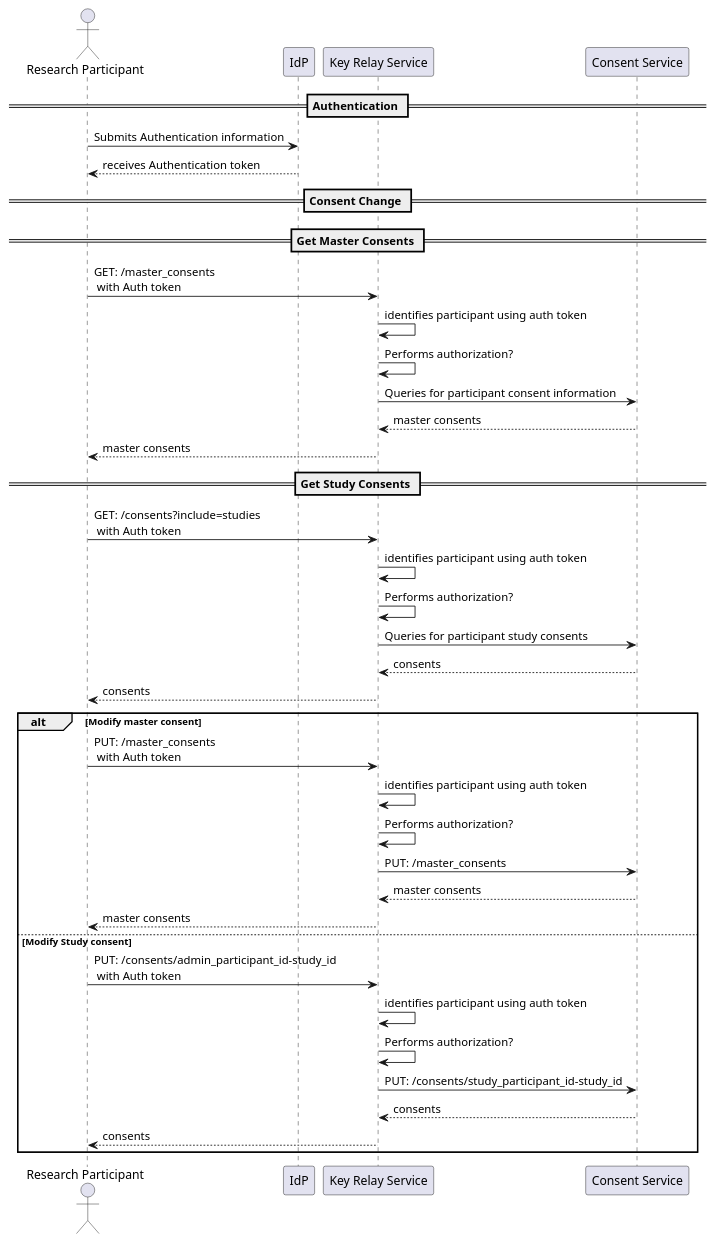
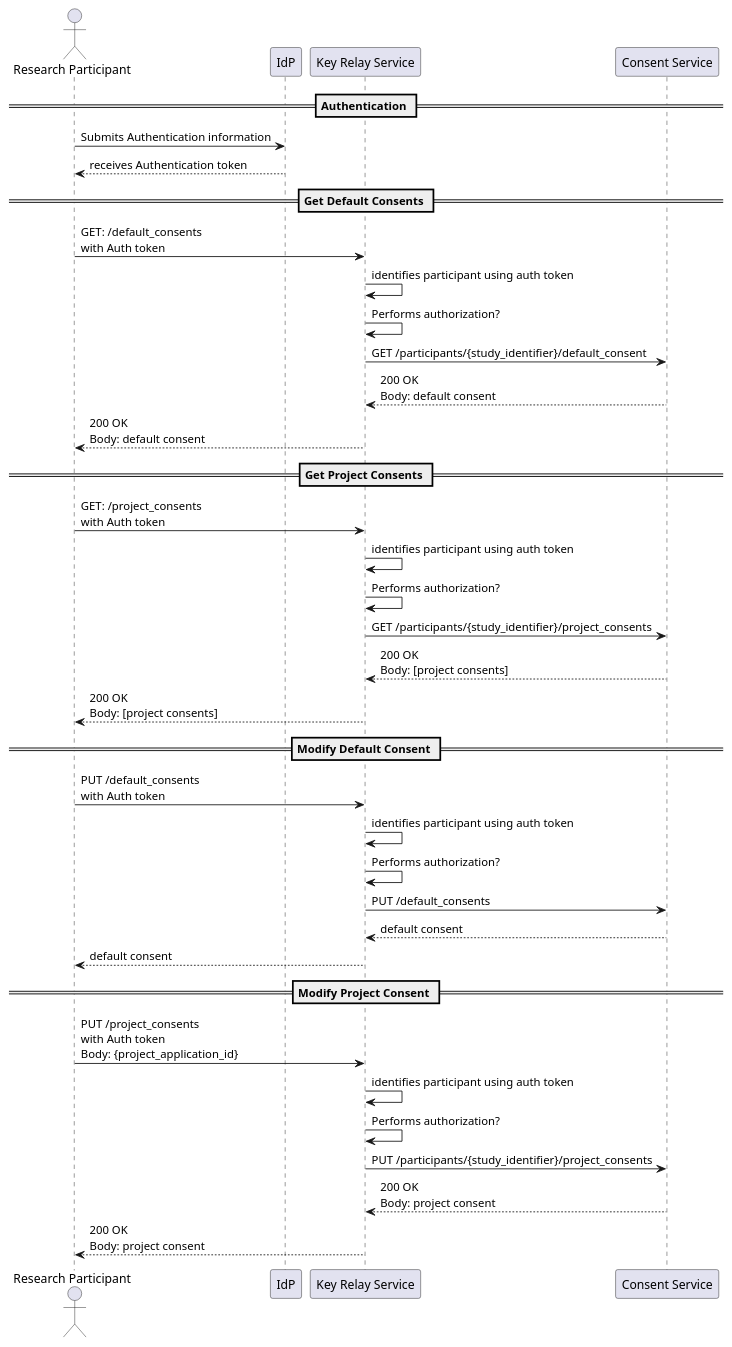
The diagram in demo1/diagrams/participant_consent_change.md (dycons/design), drawn with PlantUML before and after one commit. The commit also changed other lines of this file and 3 other files, not shown here.

Commit message:
Update seq diagrams with latest Consents API endpoints

```diff
--- a/demo1/diagrams/participant_consent_change.md
+++ b/demo1/diagrams/participant_consent_change.md
@@ -3,62 +4,56 @@
 @startuml
 actor "Research Participant" as rp
 participant "IdP" as idp
 participant "Key Relay Service" as krs
 participant "Consent Service" as cs
 
 
 == Authentication ==
 
 rp -> idp : Submits Authentication information
 idp --> rp : receives Authentication token
 
+== Get Default Consents ==
 
-== Consent Change ==
-
-== Get Master Consents ==
-
-rp -> krs: GET: /master_consents\n with Auth token
+rp -> krs: GET: /default_consents \nwith Auth token
 krs -> krs: identifies participant using auth token
 krs -> krs: Performs authorization?
 
-krs -> cs: Queries for participant consent information
-cs --> krs: master consents
+krs -> cs: GET /participants/{study_identifier}/default_consent
+cs --> krs: 200 OK \nBody: default consent
 
-krs --> rp: master consents
+krs --> rp: 200 OK \nBody: default consent
 
-== Get Study Consents ==
+== Get Project Consents ==
 
-rp -> krs: GET: /consents?include=studies\n with Auth token
+rp -> krs: GET: /project_consents \nwith Auth token
 krs -> krs: identifies participant using auth token
 krs -> krs: Performs authorization?
 
-krs -> cs: Queries for participant study consents
-cs --> krs: consents
+krs -> cs: GET /participants/{study_identifier}/project_consents
+cs --> krs: 200 OK \nBody: [project consents]
 
-krs --> rp: consents
+krs --> rp: 200 OK \nBody: [project consents]
 
-alt Modify master consent
+== Modify Default Consent ==
 
-  rp -> krs: PUT: /master_consents\n with Auth token
-  krs -> krs: identifies participant using auth token
-  krs -> krs: Performs authorization?
+rp -> krs: PUT /default_consents \nwith Auth token
+krs -> krs: identifies participant using auth token
+krs -> krs: Performs authorization?
 
-  krs -> cs: PUT: /master_consents
-  cs --> krs: master consents
+krs -> cs: PUT /default_consents
+cs --> krs: default consent
 
-  krs --> rp: master consents
+krs --> rp: default consent
 
-else Modify Study consent
+== Modify Project Consent ==
 
+rp -> krs: PUT /project_consents \nwith Auth token \nBody: {project_application_id}
+krs -> krs: identifies participant using auth token
+krs -> krs: Performs authorization?
 
-  rp -> krs: PUT: /consents/admin_participant_id-study_id\n with Auth token
-  krs -> krs: identifies participant using auth token
-  krs -> krs: Performs authorization?
+krs -> cs: PUT /participants/{study_identifier}/project_consents
+cs --> krs: 200 OK \nBody: project consent
 
-  krs -> cs: PUT: /consents/study_participant_id-study_id
-  cs --> krs: consents
-
-  krs --> rp: consents
-
-end
+krs --> rp: 200 OK \nBody: project consent
 @enduml
```
